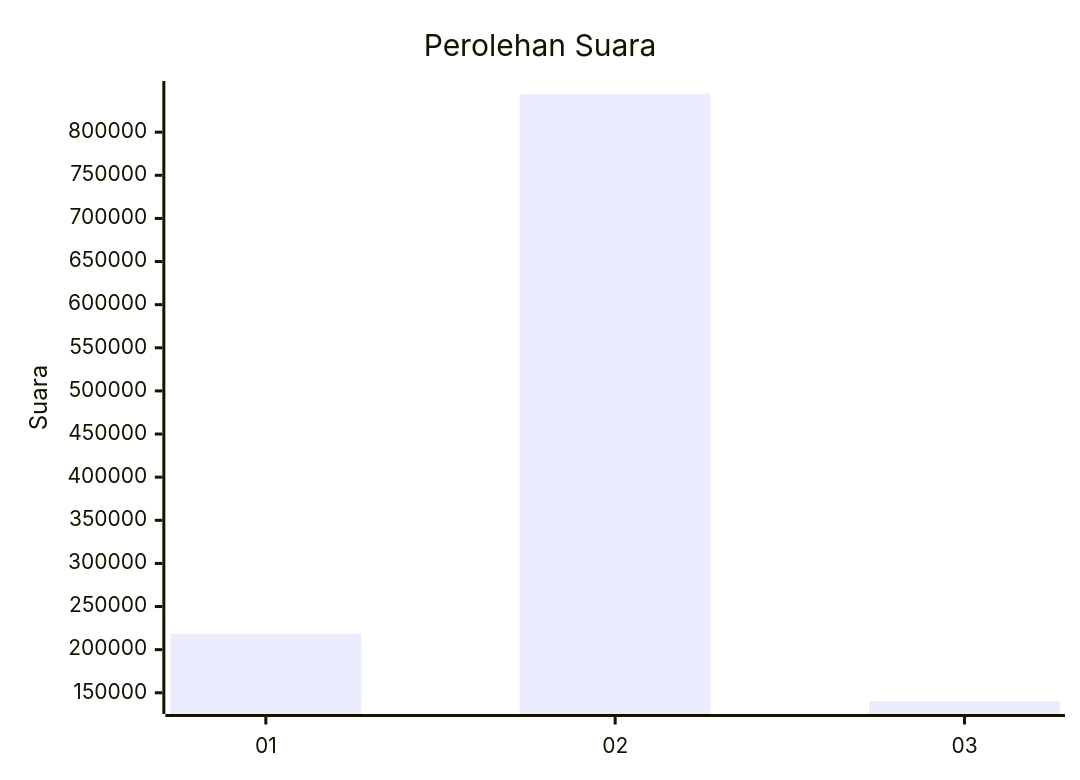
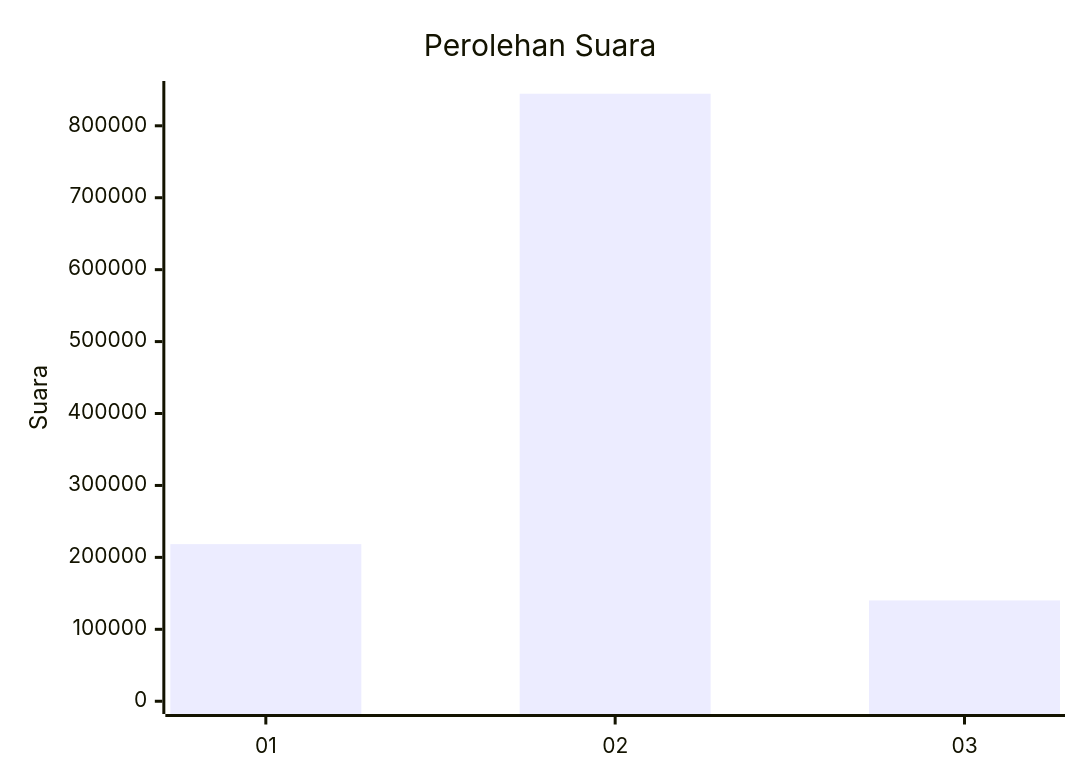
The first of 2 diagrams in pilpres/hitung-suara/sub/table-wilayah-17.md (gigit-pemilu/pemilu-2024), drawn with Mermaid before and after one commit. The commit also changed 42 other files, not shown here.

````diff
--- a/pilpres/hitung-suara/sub/table-wilayah-17.md
+++ b/pilpres/hitung-suara/sub/table-wilayah-17.md
@@ -7,7 +7,7 @@
 ```mermaid
 xychart-beta
     title "Perolehan Suara"
     x-axis [01, 02, 03]
-    y-axis "Suara"
+    y-axis "Suara" 0 --> 844549
     bar [218396, 844549, 140187]
 ```
````
